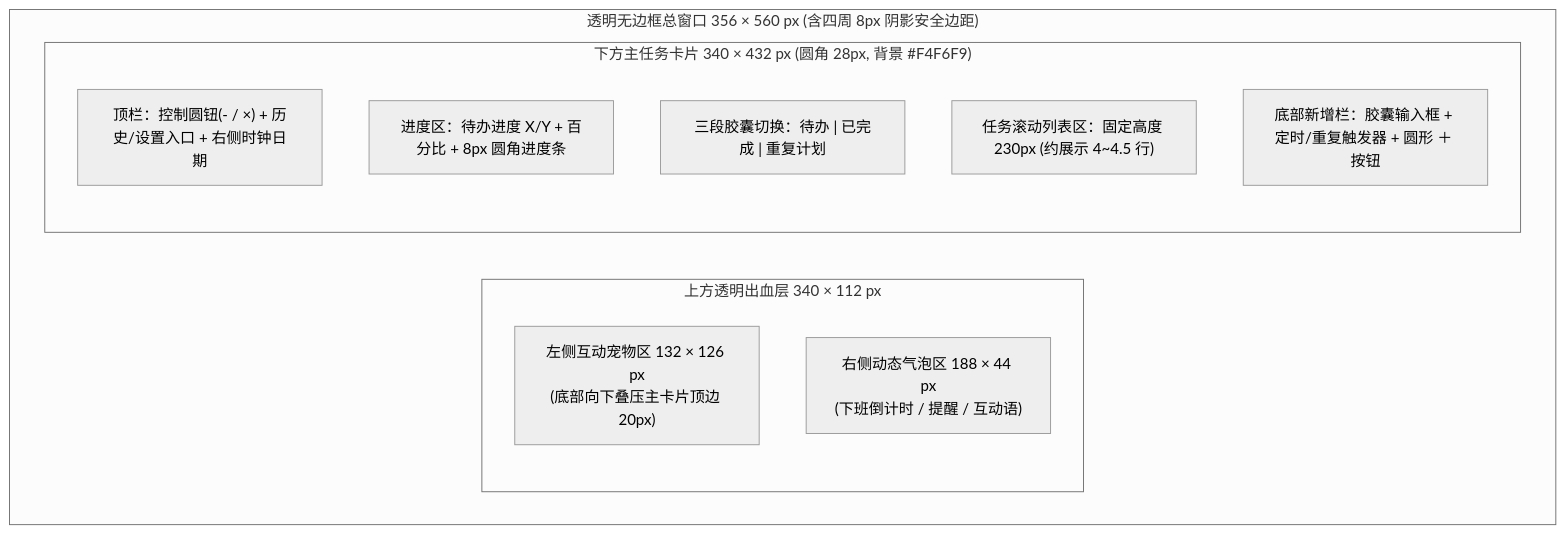
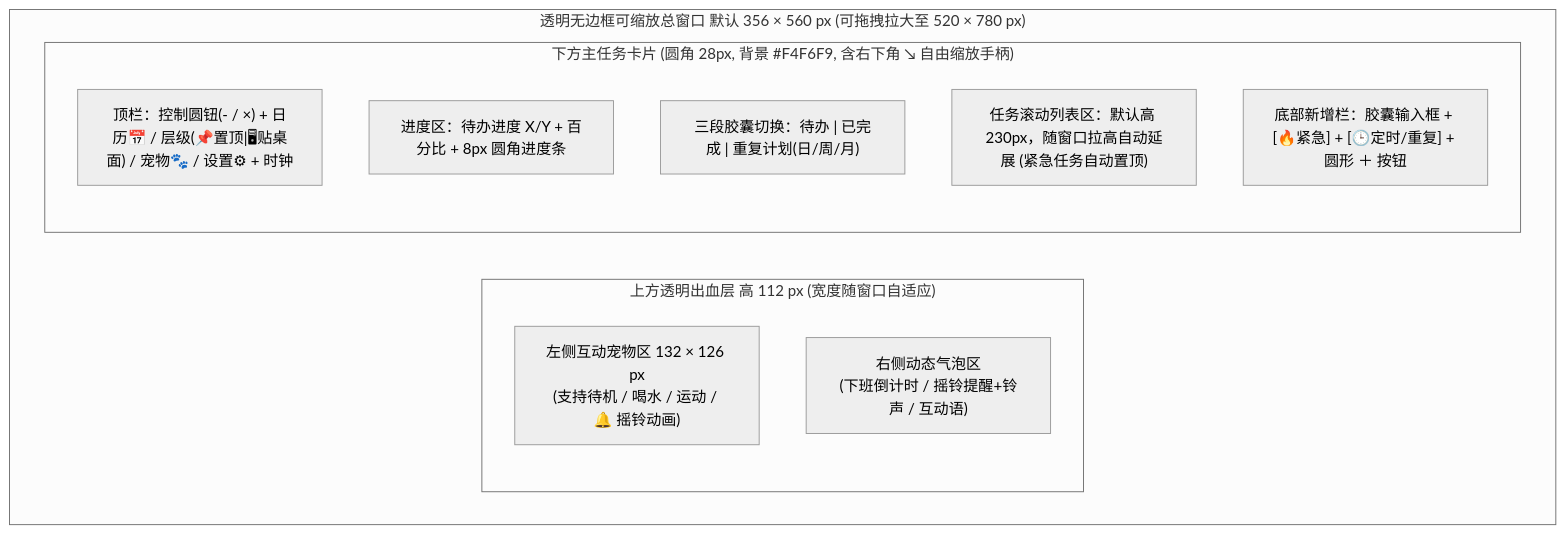
The first of 2 diagrams in docs/prototype-design.md (tenghuan123/ZaiZai), drawn with Mermaid (neutral theme) before and after one commit. The commit also changed other lines of this file and 3 other files, not shown here.

````diff
--- a/docs/prototype-design.md
+++ b/docs/prototype-design.md
@@ -30,16 +31,16 @@
 ```mermaid
 flowchart TB
-    subgraph Window["透明无边框总窗口 356 × 560 px (含四周 8px 阴影安全边距)"]
-        subgraph TopLayer["上方透明出血层 340 × 112 px"]
-            Pet["左侧互动宠物区 132 × 126 px<br/>(底部向下叠压主卡片顶边 20px)"]
-            Bubble["右侧动态气泡区 188 × 44 px<br/>(下班倒计时 / 提醒 / 互动语)"]
+    subgraph Window["透明无边框可缩放总窗口 默认 356 × 560 px (可拖拽拉大至 520 × 780 px)"]
+        subgraph TopLayer["上方透明出血层 高 112 px (宽度随窗口自适应)"]
+            Pet["左侧互动宠物区 132 × 126 px<br/>(支持待机 / 喝水 / 运动 / 🔔 摇铃动画)"]
+            Bubble["右侧动态气泡区<br/>(下班倒计时 / 摇铃提醒+铃声 / 互动语)"]
         end
-        subgraph CardLayer["下方主任务卡片 340 × 432 px (圆角 28px, 背景 #F4F6F9)"]
-            Header["顶栏：控制圆钮(- / ×) + 历史/设置入口 + 右侧时钟日期"]
+        subgraph CardLayer["下方主任务卡片 (圆角 28px, 背景 #F4F6F9, 含右下角 ↘ 自由缩放手柄)"]
+            Header["顶栏：控制圆钮(- / ×) + 日历📅 / 层级(📌置顶|🖥贴桌面) / 宠物🐾 / 设置⚙ + 时钟"]
             Progress["进度区：待办进度 X/Y + 百分比 + 8px 圆角进度条"]
-            Tabs["三段胶囊切换：待办 | 已完成 | 重复计划"]
-            List["任务滚动列表区：固定高度 230px (约展示 4~4.5 行)"]
-            Footer["底部新增栏：胶囊输入框 + 定时/重复触发器 + 圆形 ＋ 按钮"]
+            Tabs["三段胶囊切换：待办 | 已完成 | 重复计划(日/周/月)"]
+            List["任务滚动列表区：默认高 230px，随窗口拉高自动延展 (紧急任务自动置顶)"]
+            Footer["底部新增栏：胶囊输入框 + [🔥紧急] + [🕒定时/重复] + 圆形 ＋ 按钮"]
         end
     end
 ```
````
